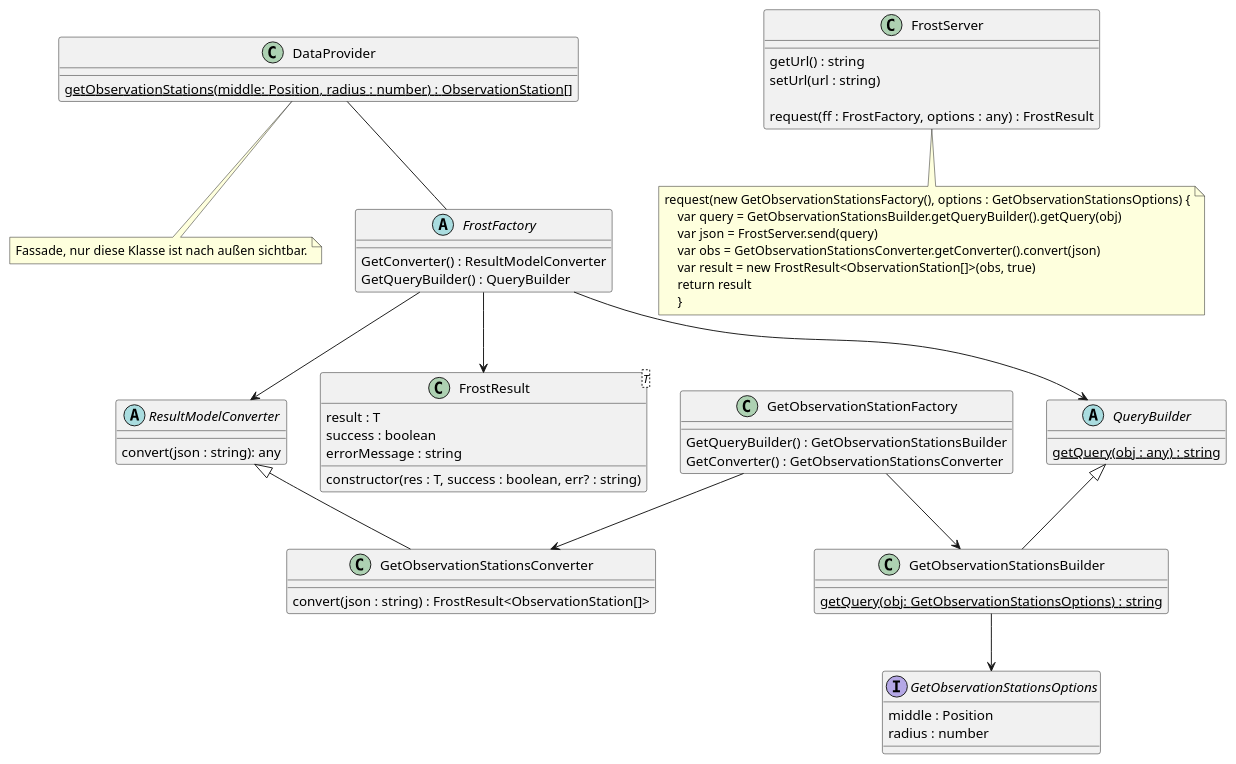
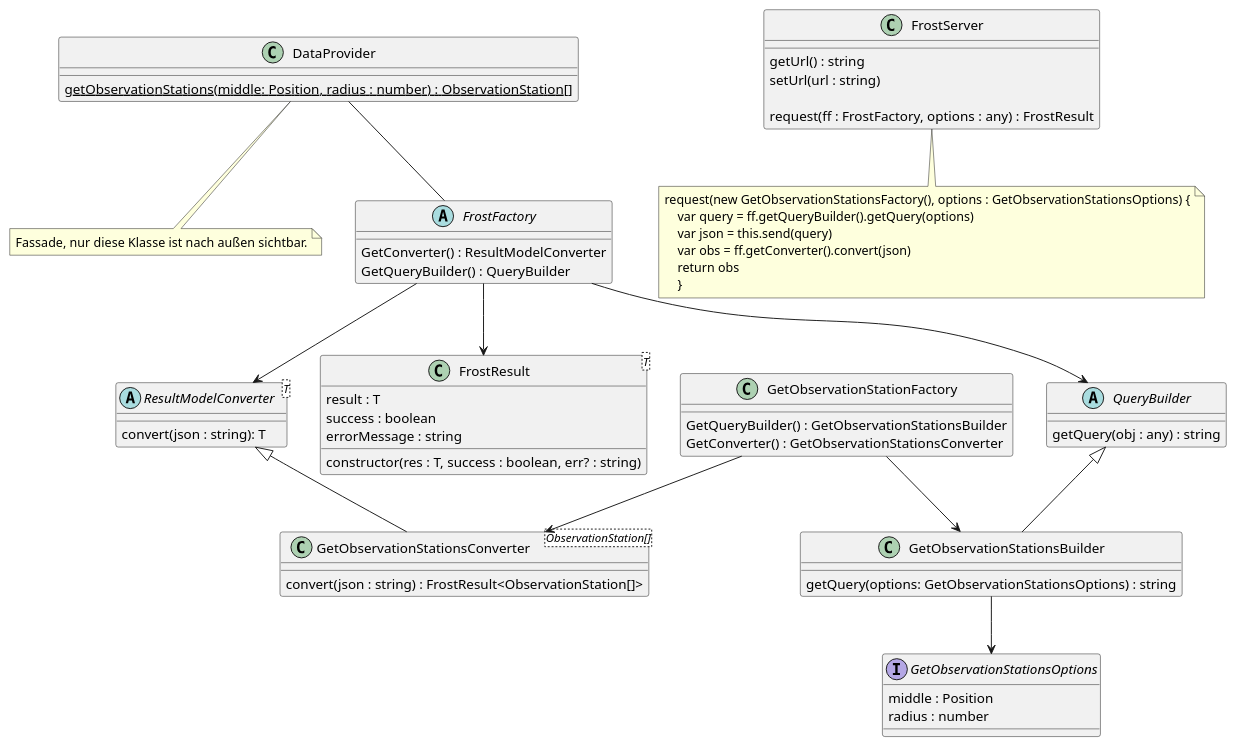
Before and after one commit to JonaEnz/pse-airquality-1: the diagram in Entwurf/PlantUML/ClassDiagrams/FROST.puml, drawn with PlantUML. The commit also changed 8 other files, not shown here.

Commit message:
Update FROST diagram Implement parts of FROST

```diff
--- a/Entwurf/PlantUML/ClassDiagrams/FROST.puml
+++ b/Entwurf/PlantUML/ClassDiagrams/FROST.puml
@@ -1,79 +1,78 @@
 @startuml FROST
 
 class DataProvider {
     {static} getObservationStations(middle: Position, radius : number) : ObservationStation[]
 }
 
 note as N1
     Fassade, nur diese Klasse ist nach außen sichtbar.
 end note
 
 DataProvider .. N1
 
 DataProvider -- FrostFactory
 
 abstract QueryBuilder {
-    {static} getQuery(obj : any) : string
+     getQuery(obj : any) : string
 }
 
 FrostFactory --> ResultModelConverter
 
 class GetObservationStationsBuilder extends QueryBuilder {
-    {static} getQuery(obj: GetObservationStationsOptions) : string
+    getQuery(options: GetObservationStationsOptions) : string
 }
 
 GetObservationStationsBuilder --> GetObservationStationsOptions
 GetObservationStationFactory --> GetObservationStationsBuilder
 GetObservationStationFactory --> GetObservationStationsConverter
 
 interface GetObservationStationsOptions {
     middle : Position
     radius : number
 }
 
-abstract ResultModelConverter {
-    convert(json : string): any
+abstract ResultModelConverter<T> {
+    convert(json : string): T
 }
 
-class GetObservationStationsConverter extends ResultModelConverter {
+class GetObservationStationsConverter<ObservationStation[]> extends ResultModelConverter {
     convert(json : string) : FrostResult<ObservationStation[]>
 }
 
 abstract FrostFactory {
     GetConverter() : ResultModelConverter
     GetQueryBuilder() : QueryBuilder
 }
 
 class GetObservationStationFactory {
     GetQueryBuilder() : GetObservationStationsBuilder
     GetConverter() : GetObservationStationsConverter
 }
 
 FrostFactory --> QueryBuilder
 FrostFactory --> FrostResult
 
 class FrostResult<T> {
     constructor(res : T, success : boolean, err? : string)
     result : T
     success : boolean
     errorMessage : string
 }
 
 class FrostServer {
     getUrl() : string
     setUrl(url : string)
 
     request(ff : FrostFactory, options : any) : FrostResult
 }
 note as N2
 request(new GetObservationStationsFactory(), options : GetObservationStationsOptions) {
-    var query = GetObservationStationsBuilder.getQueryBuilder().getQuery(obj)
-    var json = FrostServer.send(query)
-    var obs = GetObservationStationsConverter.getConverter().convert(json)
-    var result = new FrostResult<ObservationStation[]>(obs, true)
-    return result
+    var query = ff.getQueryBuilder().getQuery(options)
+    var json = this.send(query)
+    var obs = ff.getConverter().convert(json)
+    return obs
     }
 end note
 FrostServer .. N2
 
 @enduml
```
